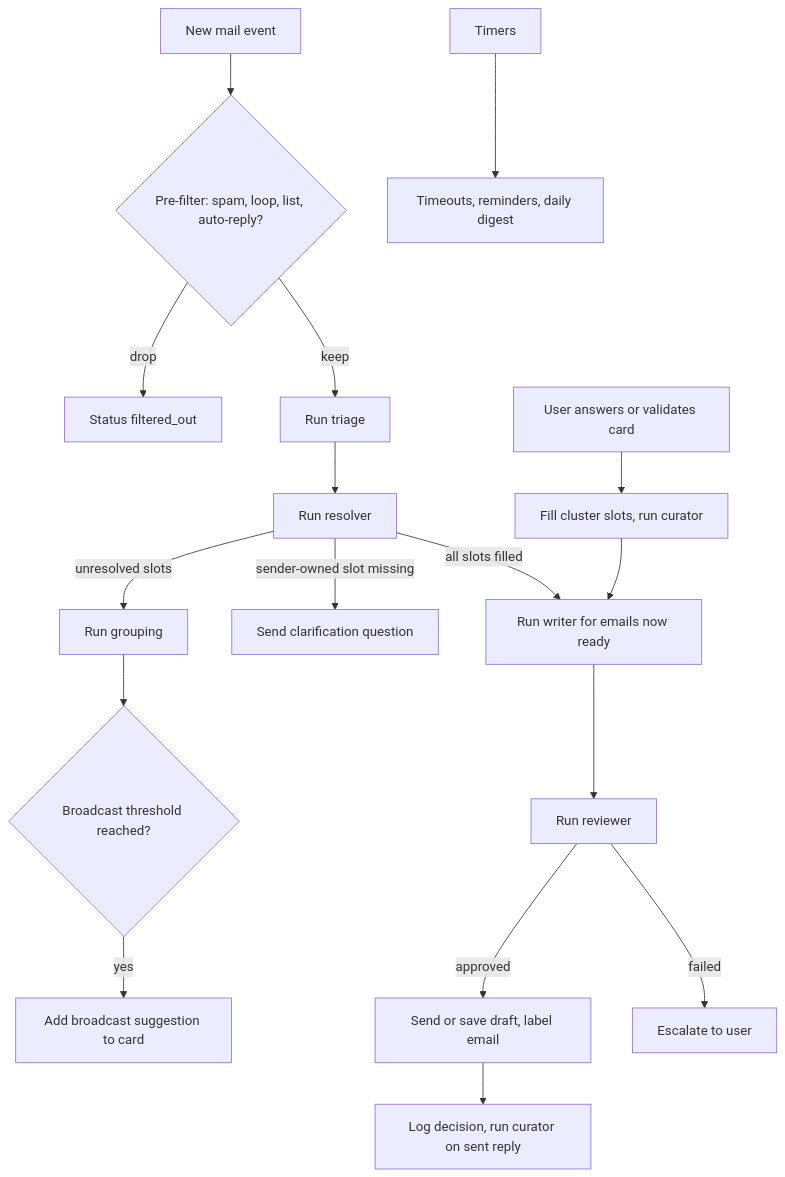
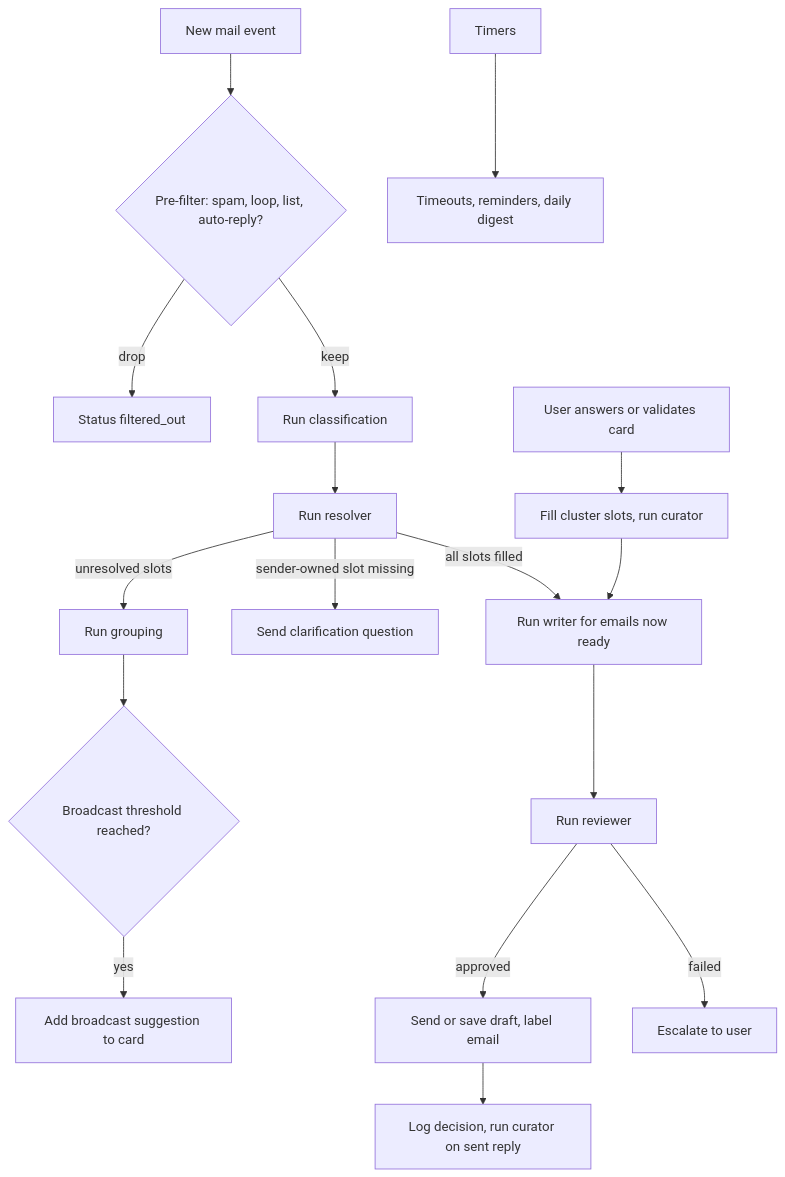
One commit to dhiasalah/email-response-agent changed the sixth of 12 diagrams in Email Response Agent — System Design.md. Above: the diagram before and after it, drawn with Mermaid. The commit also changed other lines of this file and 44 other files, not shown here.

First line of the commit message:
Rename triage to classifier and classification

````diff
--- a/Email Response Agent — System Design.md
+++ b/Email Response Agent — System Design.md
@@ -625,19 +625,19 @@
 ```mermaid
 flowchart TD
     A[New mail event] --> B{"Pre-filter: spam, loop, list, auto-reply?"}
     B -->|drop| Z[Status filtered_out]
-    B -->|keep| D[Run triage]
+    B -->|keep| D[Run classification]
     D --> E[Run resolver]
     E -->|unresolved slots| F[Run grouping]
     E -->|sender-owned slot missing| S[Send clarification question]
     F --> P{Broadcast threshold reached?}
     P -->|yes| Q[Add broadcast suggestion to card]
     G[User answers or validates card] --> H[Fill cluster slots, run curator]
     H --> I[Run writer for emails now ready]
     E -->|all slots filled| I
     I --> J[Run reviewer]
     J -->|approved| K[Send or save draft, label email]
     J -->|failed| L[Escalate to user]
     K --> M[Log decision, run curator on sent reply]
     T[Timers] --> U[Timeouts, reminders, daily digest]
 ```
````
